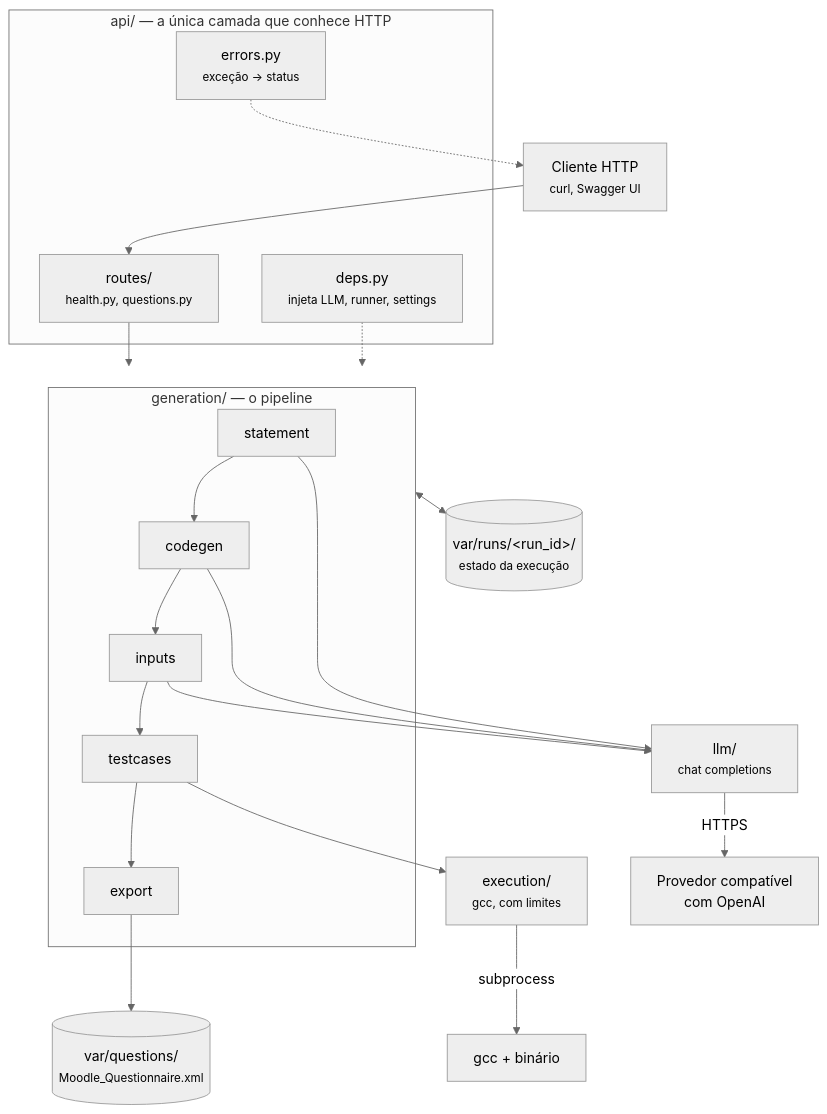
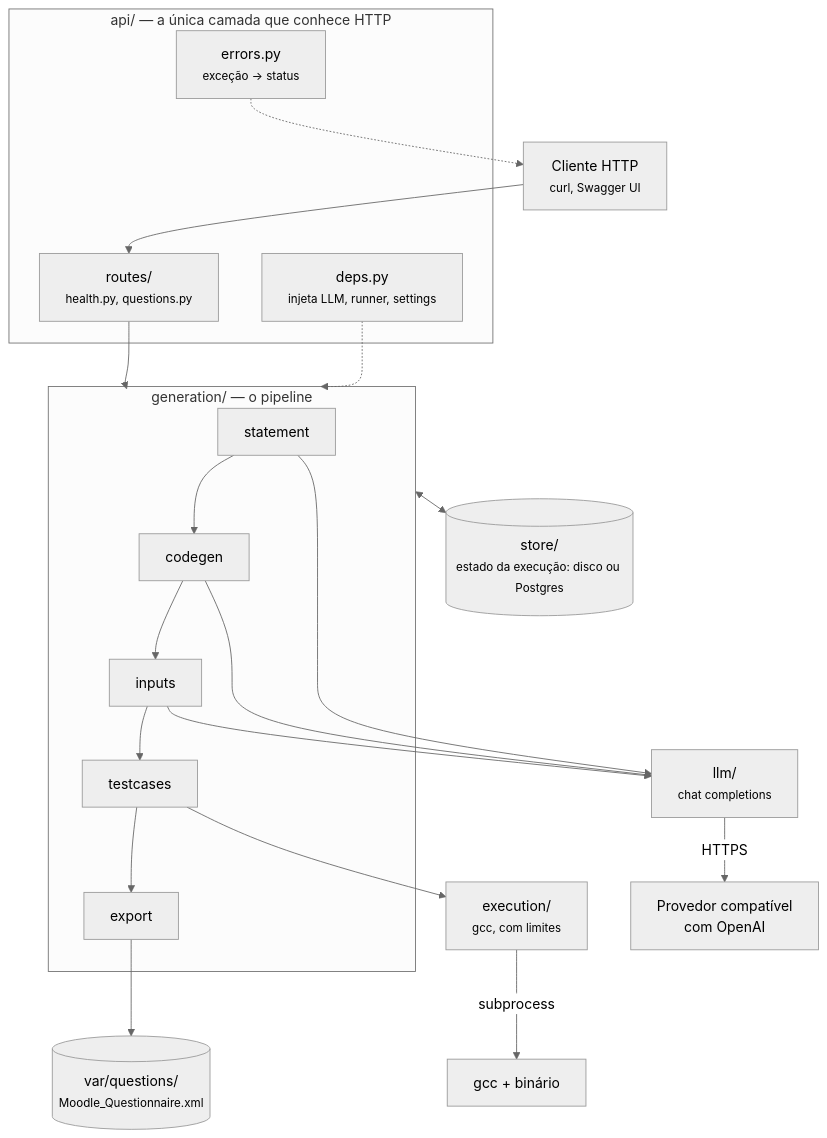
One commit to TUTOR-IA-Makers/tutor-ia changed the first of 4 diagrams in docs/architecture/index.md. Above: the diagram before and after it, drawn with Mermaid (neutral theme). The commit also changed other lines of this file and 5 other files, not shown here.

First line of the commit message:
docs: descreve o ArtifactStore, GET /questions/{run_id} e as novas variáveis

````diff
--- a/docs/architecture/index.md
+++ b/docs/architecture/index.md
@@ -10,34 +10,34 @@
 ```mermaid
 flowchart TD
     Cliente["Cliente HTTP<br/><small>curl, Swagger UI</small>"]
 
     subgraph API["api/ — a única camada que conhece HTTP"]
         Rotas["routes/<br/><small>health.py, questions.py</small>"]
         Erros["errors.py<br/><small>exceção → status</small>"]
         Deps["deps.py<br/><small>injeta LLM, runner, settings</small>"]
     end
 
     subgraph GEN["generation/ — o pipeline"]
         S1["statement"] --> S2["codegen"] --> S3["inputs"] --> S4["testcases"] --> S5["export"]
     end
 
     LLM["llm/<br/><small>chat completions</small>"]
     EXE["execution/<br/><small>gcc, com limites</small>"]
-    WS[("var/runs/&lt;run_id&gt;/<br/><small>estado da execução</small>")]
+    WS[("store/<br/><small>estado da execução: disco ou Postgres</small>")]
     XML[("var/questions/<br/><small>Moodle_Questionnaire.xml</small>")]
 
     Cliente --> Rotas
     Rotas --> GEN
     Erros -.-> Cliente
     Deps -.-> GEN
 
     S1 --> LLM
     S2 --> LLM
     S3 --> LLM
     S4 --> EXE
     GEN <--> WS
     S5 --> XML
 
     LLM -->|HTTPS| Fornecedor["Provedor compatível<br/>com OpenAI"]
     EXE -->|subprocess| GCC["gcc + binário"]
 ```
````
